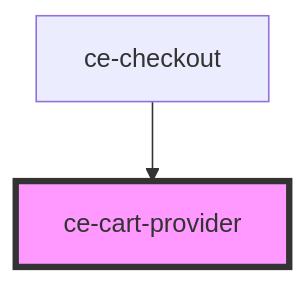
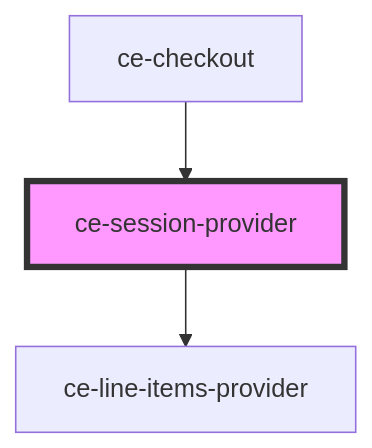
One commit to surecart/surecart-wp-plugin changed the diagram in packages/components/src/components/providers/session-provider/readme.md. Above: the diagram before and after it, drawn with Mermaid. The commit also changed other lines of this file and 50 other files, not shown here.

````diff
--- a/packages/components/src/components/providers/session-provider/readme.md
+++ b/packages/components/src/components/providers/session-provider/readme.md
@@ -29,5 +40,6 @@
 ```mermaid
 graph TD;
-  ce-checkout --> ce-cart-provider
-  style ce-cart-provider fill:#f9f,stroke:#333,stroke-width:4px
+  ce-session-provider --> ce-line-items-provider
+  ce-checkout --> ce-session-provider
+  style ce-session-provider fill:#f9f,stroke:#333,stroke-width:4px
 ```
````
